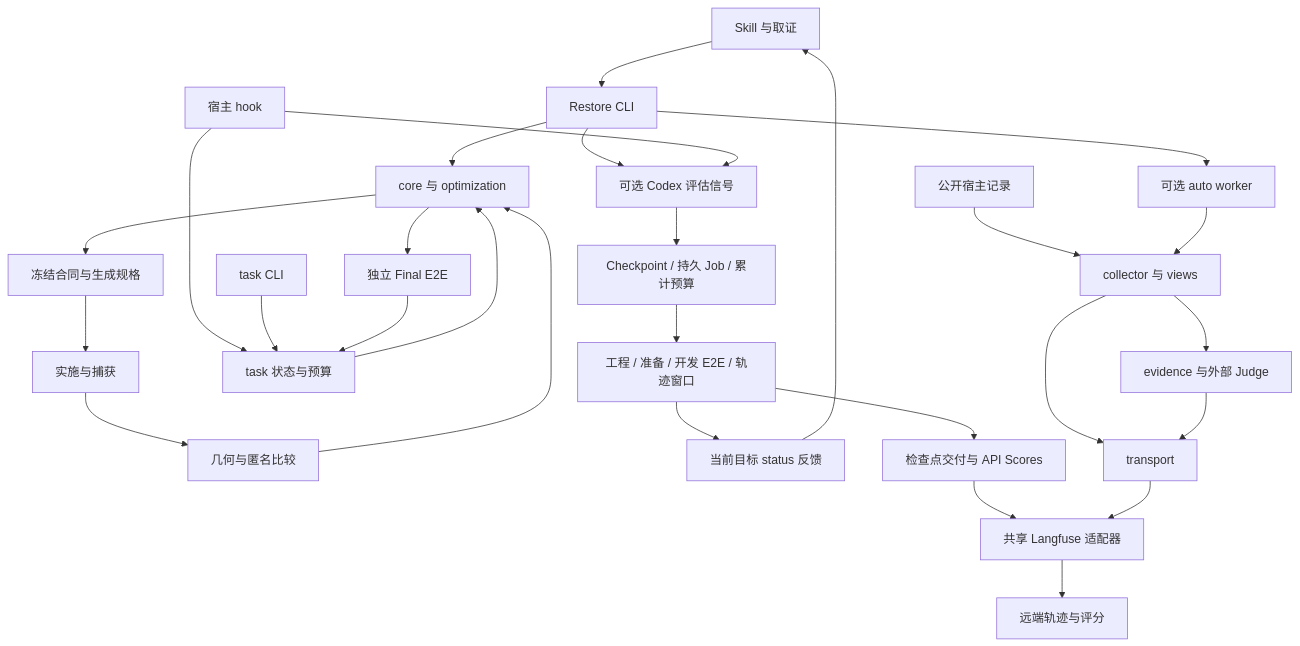
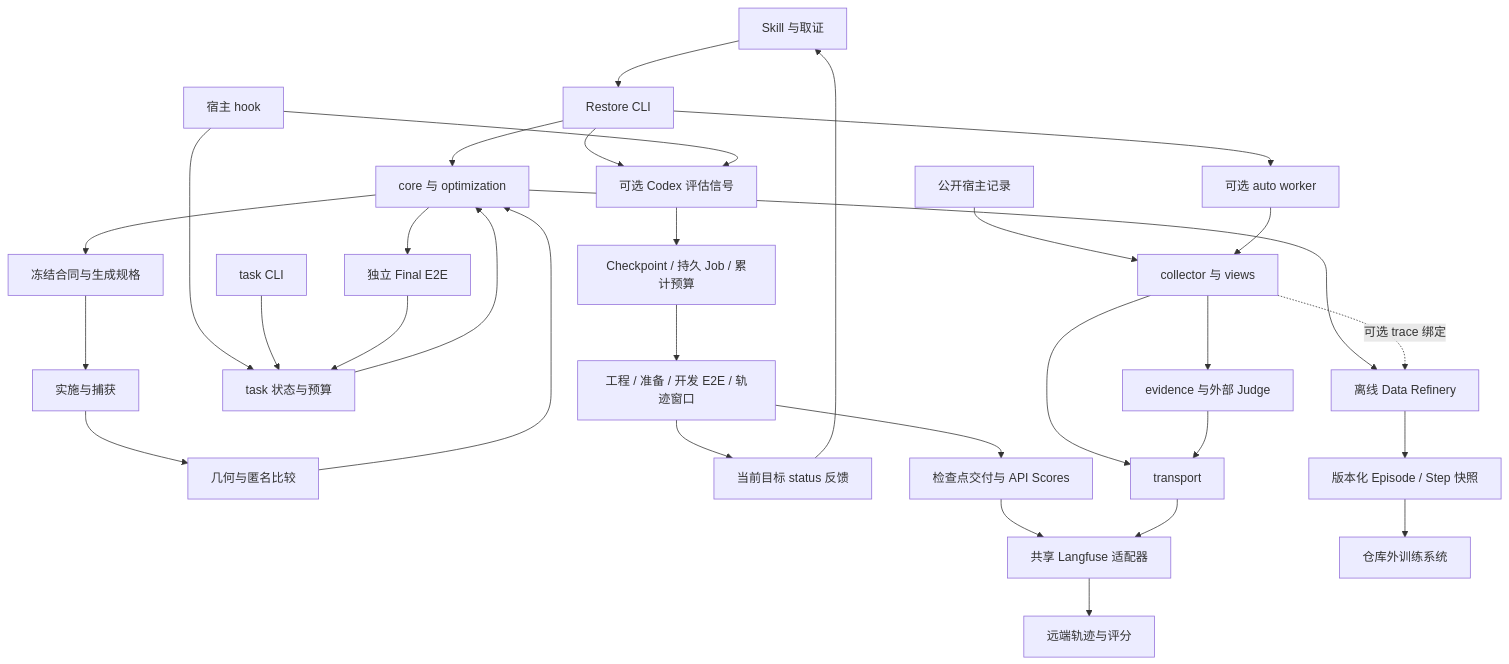
The diagram in docs/architecture.md (PlevanTem/ui-reverse-engineer), drawn with Mermaid before and after one commit. The commit also changed other lines of this file and 17 other files, not shown here.

````diff
--- a/docs/architecture.md
+++ b/docs/architecture.md
@@ -49,30 +50,34 @@
 ```mermaid
 flowchart TD
     S[Skill 与取证] --> C[Restore CLI]
     C --> R[core 与 optimization]
     R --> F[冻结合同与生成规格]
     F --> B[实施与捕获]
     B --> V[几何与匿名比较]
     V --> R
     R --> E[独立 Final E2E]
     H[宿主 hook] --> T[task 状态与预算]
     TC[task CLI] --> T
     E --> T
     T --> R
     C --> K[可选 Codex 评估信号]
     H --> K
     K --> D[Checkpoint / 持久 Job / 累计预算]
     D --> Q[工程 / 准备 / 开发 E2E / 轨迹窗口]
     Q --> U[当前目标 status 反馈]
     U --> S
     Q --> Y[检查点交付与 API Scores]
     Y --> L
     C --> A[可选 auto worker]
     J[公开宿主记录] --> O[collector 与 views]
     A --> O
     O --> P[evidence 与外部 Judge]
     O --> X[transport]
     P --> X
     X --> L[共享 Langfuse 适配器]
     L --> N[远端轨迹与评分]
+    R --> DF[离线 Data Refinery]
+    O -. 可选 trace 绑定 .-> DF
+    DF --> DS[版本化 Episode / Step 快照]
+    DS --> Z[仓库外训练系统]
 ```
````
